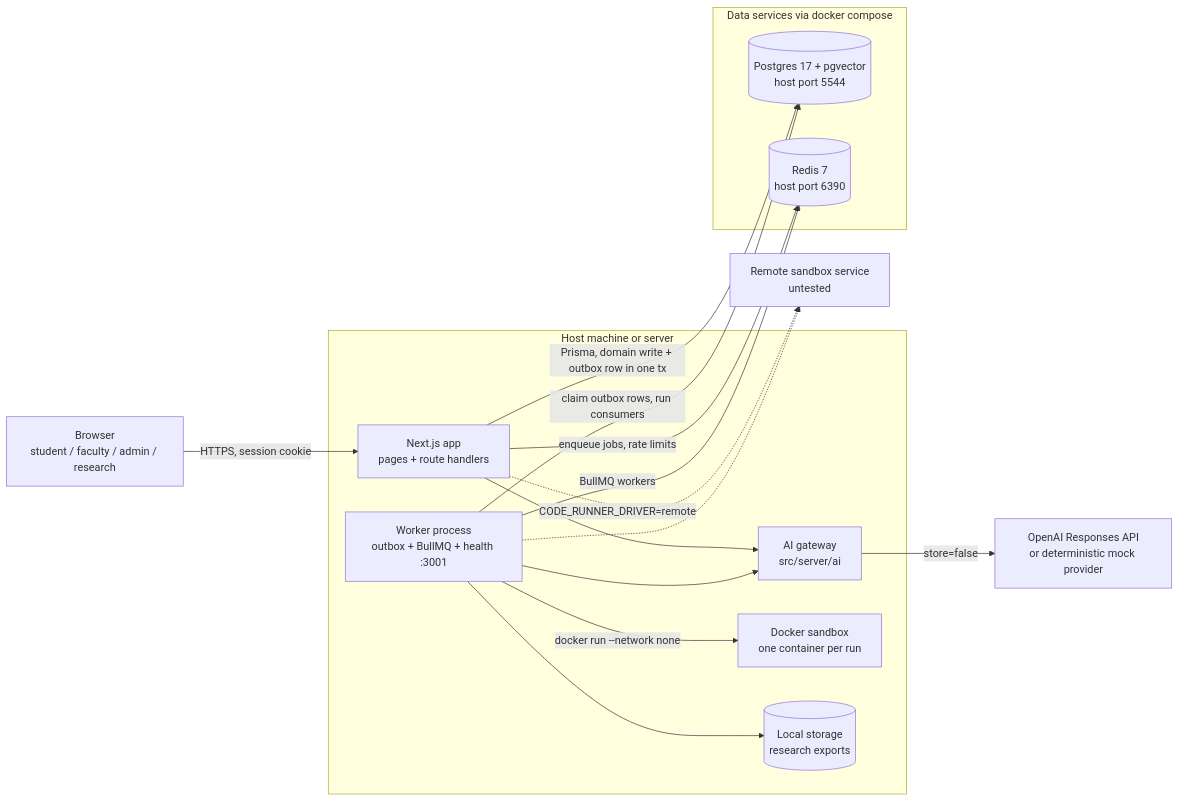
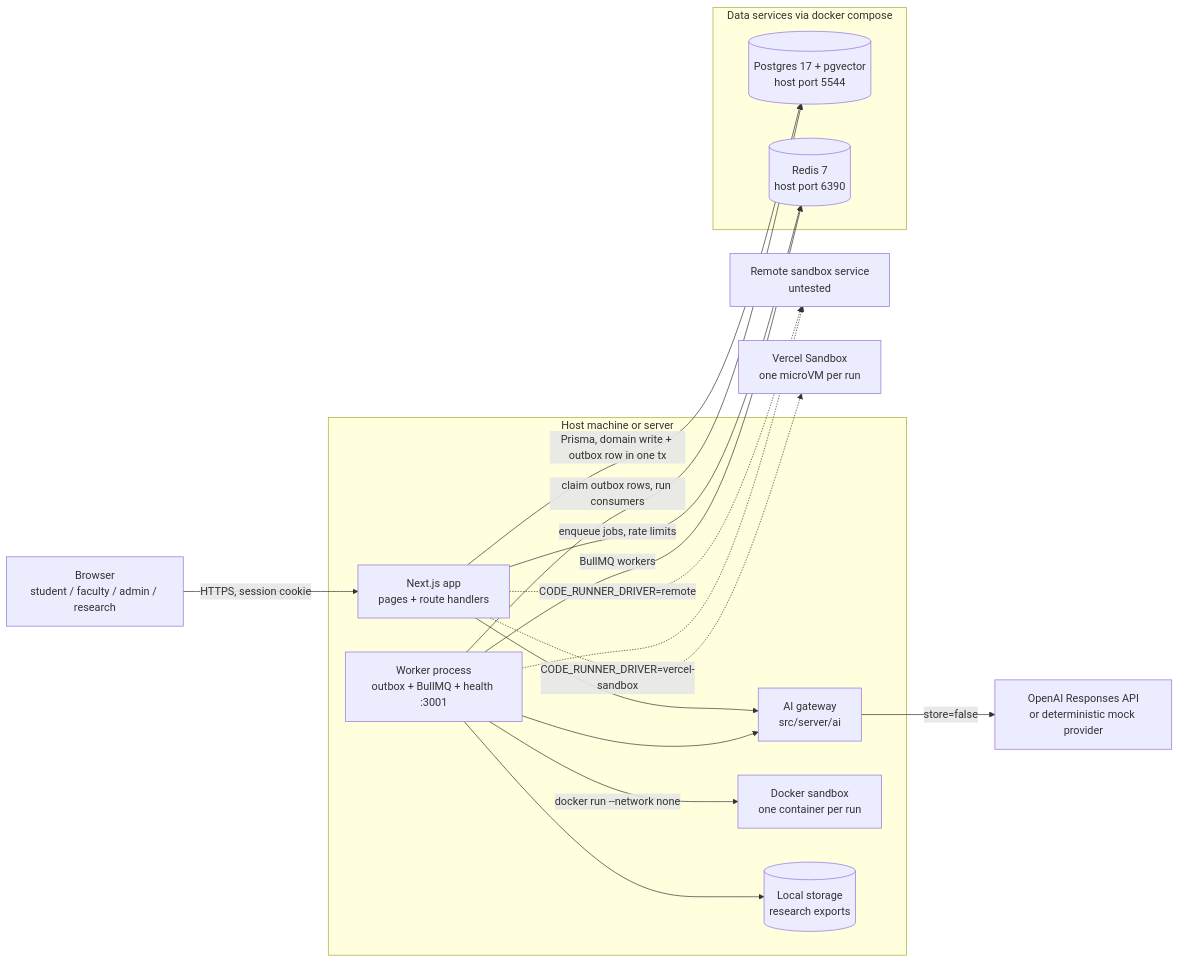
The first of 9 diagrams in docs/ARCHITECTURE.md (TejasGov/Socra_MVP), drawn with Mermaid before and after one commit. The commit also changed other lines of this file and 18 other files, not shown here.

First line of the commit message:
Vercel Sandbox code runner; demo accounts flag for demo deployments

````diff
--- a/docs/ARCHITECTURE.md
+++ b/docs/ARCHITECTURE.md
@@ -30,32 +30,33 @@
 ```mermaid
 flowchart LR
   Browser["Browser<br/>student / faculty / admin / research"]
 
   subgraph Host["Host machine or server"]
     Next["Next.js app<br/>pages + route handlers"]
     Gateway["AI gateway<br/>src/server/ai"]
     Worker["Worker process<br/>outbox + BullMQ + health :3001"]
     Sandbox["Docker sandbox<br/>one container per run"]
     Storage[("Local storage<br/>research exports")]
   end
 
   subgraph Data["Data services via docker compose"]
     PG[("Postgres 17 + pgvector<br/>host port 5544")]
     Redis[("Redis 7<br/>host port 6390")]
   end
 
   OpenAI["OpenAI Responses API<br/>or deterministic mock provider"]
 
   Browser -->|"HTTPS, session cookie"| Next
   Next --> Gateway
   Gateway -->|"store=false"| OpenAI
   Next -->|"Prisma, domain write + outbox row in one tx"| PG
   Next -->|"enqueue jobs, rate limits"| Redis
   Worker -->|"claim outbox rows, run consumers"| PG
   Worker -->|"BullMQ workers"| Redis
   Worker -->|"docker run --network none"| Sandbox
   Worker --> Storage
   Worker --> Gateway
   Next -.->|"CODE_RUNNER_DRIVER=remote"| Remote["Remote sandbox service<br/>untested"]
+  Next -.->|"CODE_RUNNER_DRIVER=vercel-sandbox"| VSB["Vercel Sandbox<br/>one microVM per run"]
   Worker -.-> Remote
 ```
````
